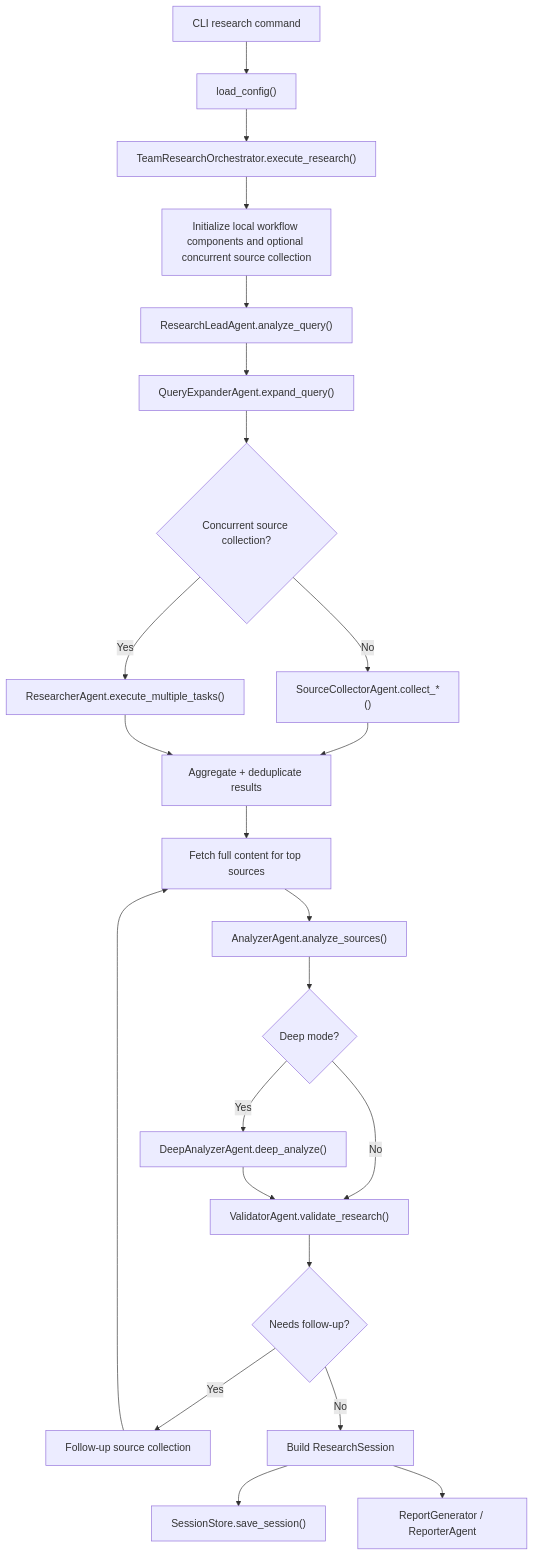
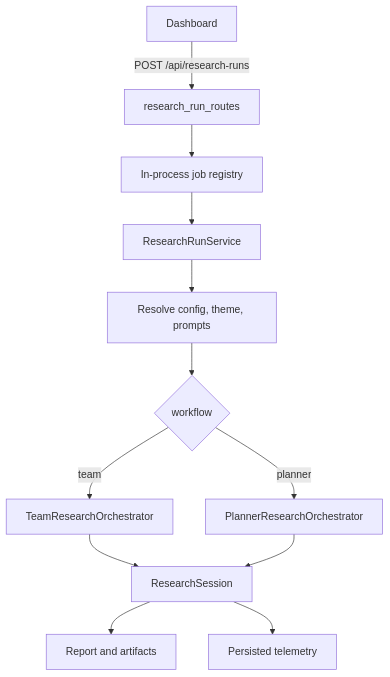
Before and after one commit to xxibcill/cc-deep-reasearch: the diagram in docs/RESEARCH_WORKFLOW.md, drawn with Mermaid. The commit also changed other lines of this file and 23 other files, not shown here.

````diff
--- a/docs/RESEARCH_WORKFLOW.md
+++ b/docs/RESEARCH_WORKFLOW.md
@@ -41,25 +9,14 @@
 ```mermaid
 flowchart TD
-    A["CLI research command"] --> B["load_config()"]
-    B --> C["TeamResearchOrchestrator.execute_research()"]
-    C --> D["Initialize local workflow components and optional concurrent source collection"]
-    D --> E["ResearchLeadAgent.analyze_query()"]
-    E --> F["QueryExpanderAgent.expand_query()"]
-    F --> G{"Concurrent source collection?"}
-    G -- "No" --> H["SourceCollectorAgent.collect_*()"]
-    G -- "Yes" --> I["ResearcherAgent.execute_multiple_tasks()"]
-    H --> J["Aggregate + deduplicate results"]
-    I --> J
-    J --> K["Fetch full content for top sources"]
-    K --> L["AnalyzerAgent.analyze_sources()"]
-    L --> M{"Deep mode?"}
-    M -- "Yes" --> N["DeepAnalyzerAgent.deep_analyze()"]
-    M -- "No" --> O["ValidatorAgent.validate_research()"]
-    N --> O
-    O --> P{"Needs follow-up?"}
-    P -- "Yes" --> Q["Follow-up source collection"]
-    Q --> K
-    P -- "No" --> R["Build ResearchSession"]
-    R --> S["SessionStore.save_session()"]
-    R --> T["ReportGenerator / ReporterAgent"]
+    A["Dashboard"] -->|POST /api/research-runs| B["research_run_routes"]
+    B --> C["In-process job registry"]
+    C --> D["ResearchRunService"]
+    D --> E["Resolve config, theme, prompts"]
+    E --> F{"workflow"}
+    F -->|team| G["TeamResearchOrchestrator"]
+    F -->|planner| H["PlannerResearchOrchestrator"]
+    G --> I["ResearchSession"]
+    H --> I
+    I --> J["Report and artifacts"]
+    I --> K["Persisted telemetry"]
 ```
````
